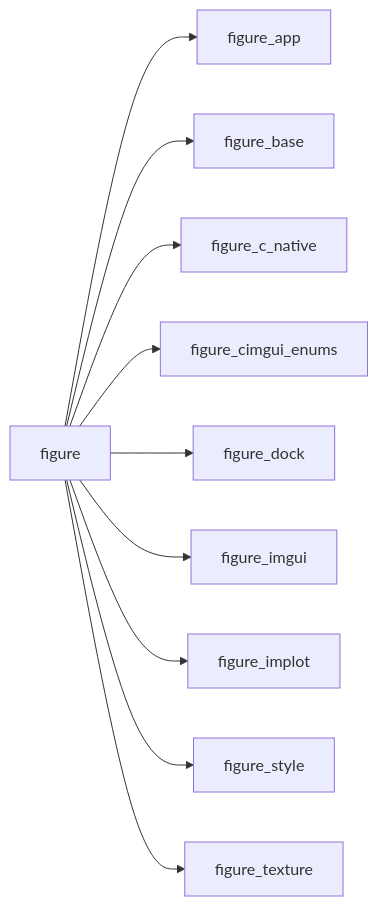
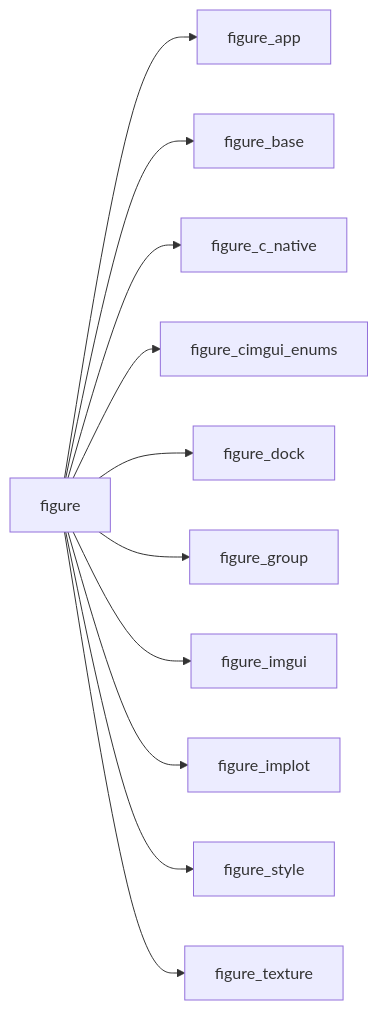
One commit to szaghi/figure changed the diagram in docs/api/src/lib/figure.md. Above: the diagram before and after it, drawn with Mermaid. The commit also changed other lines of this file and 18 other files, not shown here.

````diff
--- a/docs/api/src/lib/figure.md
+++ b/docs/api/src/lib/figure.md
@@ -18,12 +18,13 @@
 ```mermaid
 graph LR
   figure["figure"] --> figure_app["figure_app"]
   figure["figure"] --> figure_base["figure_base"]
   figure["figure"] --> figure_c_native["figure_c_native"]
   figure["figure"] --> figure_cimgui_enums["figure_cimgui_enums"]
   figure["figure"] --> figure_dock["figure_dock"]
+  figure["figure"] --> figure_group["figure_group"]
   figure["figure"] --> figure_imgui["figure_imgui"]
   figure["figure"] --> figure_implot["figure_implot"]
   figure["figure"] --> figure_style["figure_style"]
   figure["figure"] --> figure_texture["figure_texture"]
 ```
````
